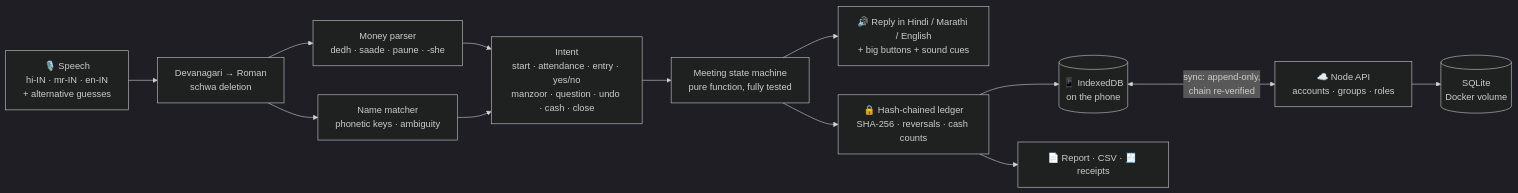
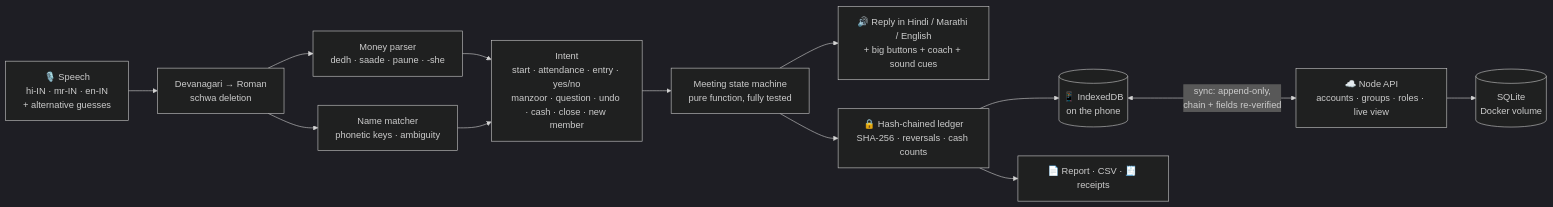
The diagram in README.md (skypank-coder/bolta-khata), drawn with Mermaid (dark theme) before and after one commit. The commit also changed other lines of this file and 3 other files, not shown here.

````diff
--- a/README.md
+++ b/README.md
@@ -264,15 +204,15 @@
 ```mermaid
 flowchart LR
   MIC["🎙️ Speech<br/>hi-IN · mr-IN · en-IN<br/>+ alternative guesses"] --> TR["Devanagari → Roman<br/>schwa deletion"]
   TR --> NUM["Money parser<br/>dedh · saade · paune · -she"]
   TR --> NAME["Name matcher<br/>phonetic keys · ambiguity"]
-  NUM --> INT["Intent<br/>start · attendance · entry · yes/no<br/>manzoor · question · undo · cash · close"]
+  NUM --> INT["Intent<br/>start · attendance · entry · yes/no<br/>manzoor · question · undo · cash · close · new member"]
   NAME --> INT
   INT --> SM["Meeting state machine<br/>pure function, fully tested"]
-  SM --> SAY["🔊 Reply in Hindi / Marathi / English<br/>+ big buttons + sound cues"]
+  SM --> SAY["🔊 Reply in Hindi / Marathi / English<br/>+ big buttons + coach + sound cues"]
   SM --> LED["🔒 Hash-chained ledger<br/>SHA-256 · reversals · cash counts"]
   LED --> DB[("📱 IndexedDB<br/>on the phone")]
   LED --> OUT["📄 Report · CSV · 🧾 receipts"]
-  DB <-->|"sync: append-only,<br/>chain re-verified"| API["☁️ Node API<br/>accounts · groups · roles"]
+  DB <-->|"sync: append-only,<br/>chain + fields re-verified"| API["☁️ Node API<br/>accounts · groups · roles · live view"]
   API --> SQL[("SQLite<br/>Docker volume")]
 ```
````
